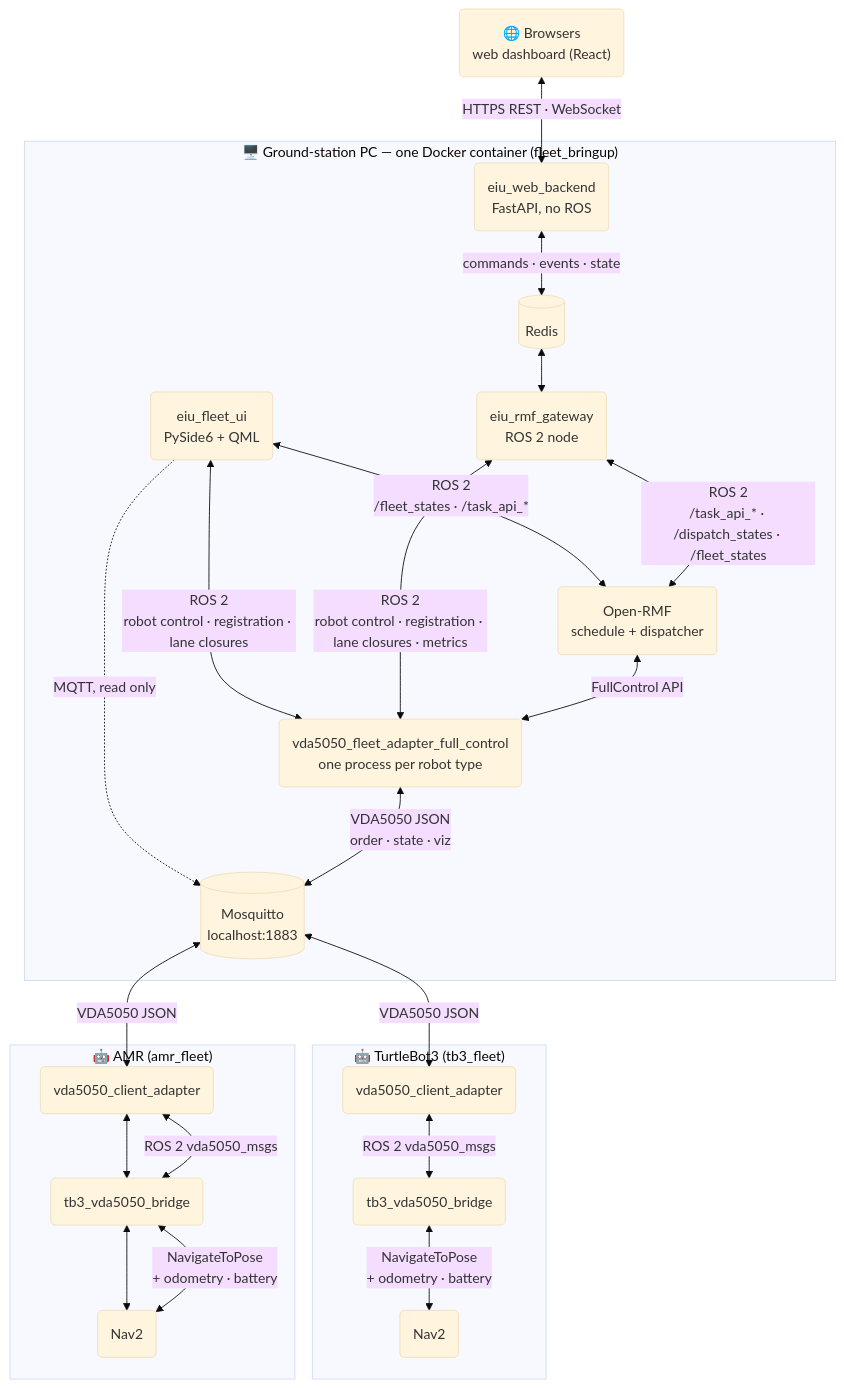
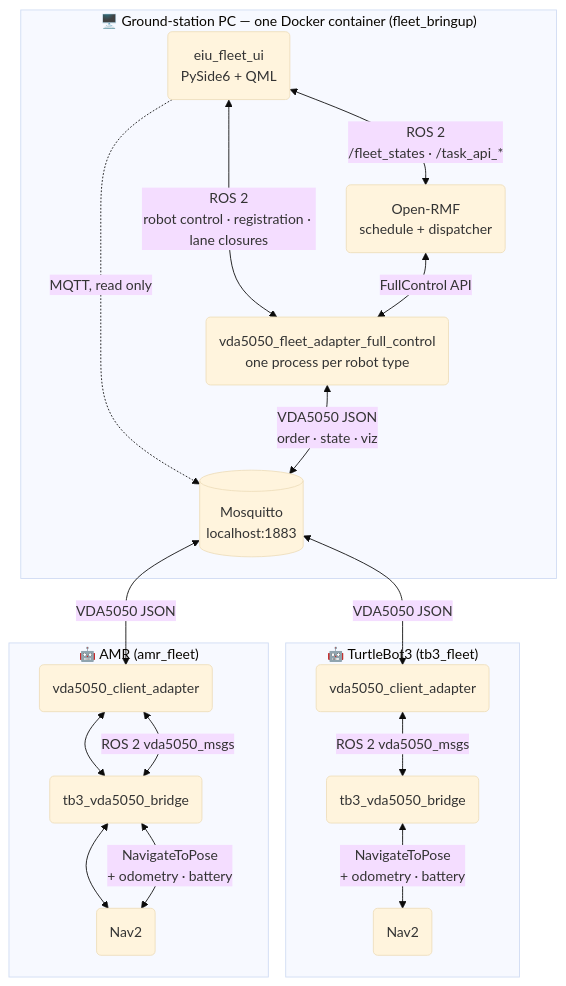
Before and after one commit to NhatTran-97/eiu-vda5050-support-open-rmf: the diagram in README.md, drawn with Mermaid (base theme). The commit also changed other lines of this file and 5 other files, not shown here.

Commit message:
Fix published docs; make the web backend optional in the Docker build

````diff
--- a/README.md
+++ b/README.md
@@ -199,45 +197,35 @@
 ```mermaid
 flowchart TB
     subgraph pc ["🖥️  Ground-station PC — one Docker container (fleet_bringup)"]
         ui("eiu_fleet_ui\nPySide6 + QML")
-        gw("eiu_rmf_gateway\nROS 2 node")
-        redis[("Redis")]
-        web("eiu_web_backend\nFastAPI, no ROS")
         rmf("Open-RMF\nschedule + dispatcher")
         fa("vda5050_fleet_adapter_full_control\none process per robot type")
         broker[("Mosquitto\nlocalhost:1883")]
     end
-
-    browser("🌐  Browsers\nweb dashboard (React)")
 
     subgraph robot_tb3 ["🤖  TurtleBot3 (tb3_fleet)"]
         ca1("vda5050_client_adapter")
         br1("tb3_vda5050_bridge")
         nav2a("Nav2")
     end
 
     subgraph robot_amr ["🤖  AMR (amr_fleet)"]
         ca2("vda5050_client_adapter")
         br2("tb3_vda5050_bridge")
         nav2b("Nav2")
         ca2 <--> br2
         br2 <--> nav2b
     end
 
     ui   <-->|"ROS 2\n/fleet_states · /task_api_*"| rmf
     ui   <-->|"ROS 2\nrobot control · registration · lane closures"| fa
     ui   -.->|"MQTT, read only"| broker
-    browser <-->|"HTTPS REST · WebSocket"| web
-    web  <-->|"commands · events · state"| redis
-    redis <--> gw
-    gw   <-->|"ROS 2\n/task_api_* · /dispatch_states · /fleet_states"| rmf
-    gw   <-->|"ROS 2\nrobot control · registration · lane closures · metrics"| fa
     rmf  <-->|"FullControl API"| fa
     fa   <-->|"VDA5050 JSON\norder · state · viz"| broker
     broker <-->|"VDA5050 JSON"| ca1
     broker <-->|"VDA5050 JSON"| ca2
     ca1  <-->|"ROS 2 vda5050_msgs"| br1
     br1  <-->|"NavigateToPose\n+ odometry · battery"| nav2a
     ca2  <-->|"ROS 2 vda5050_msgs"| br2
     br2  <-->|"NavigateToPose\n+ odometry · battery"| nav2b
 ```
````
